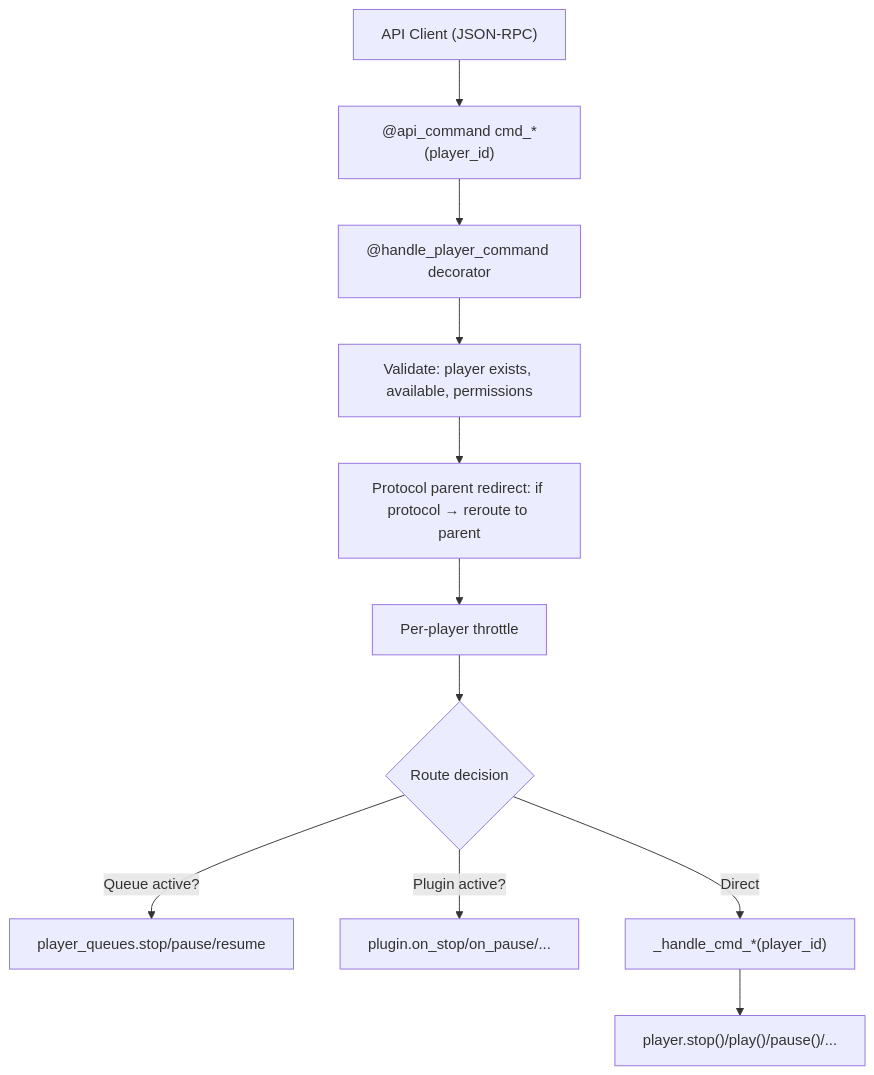
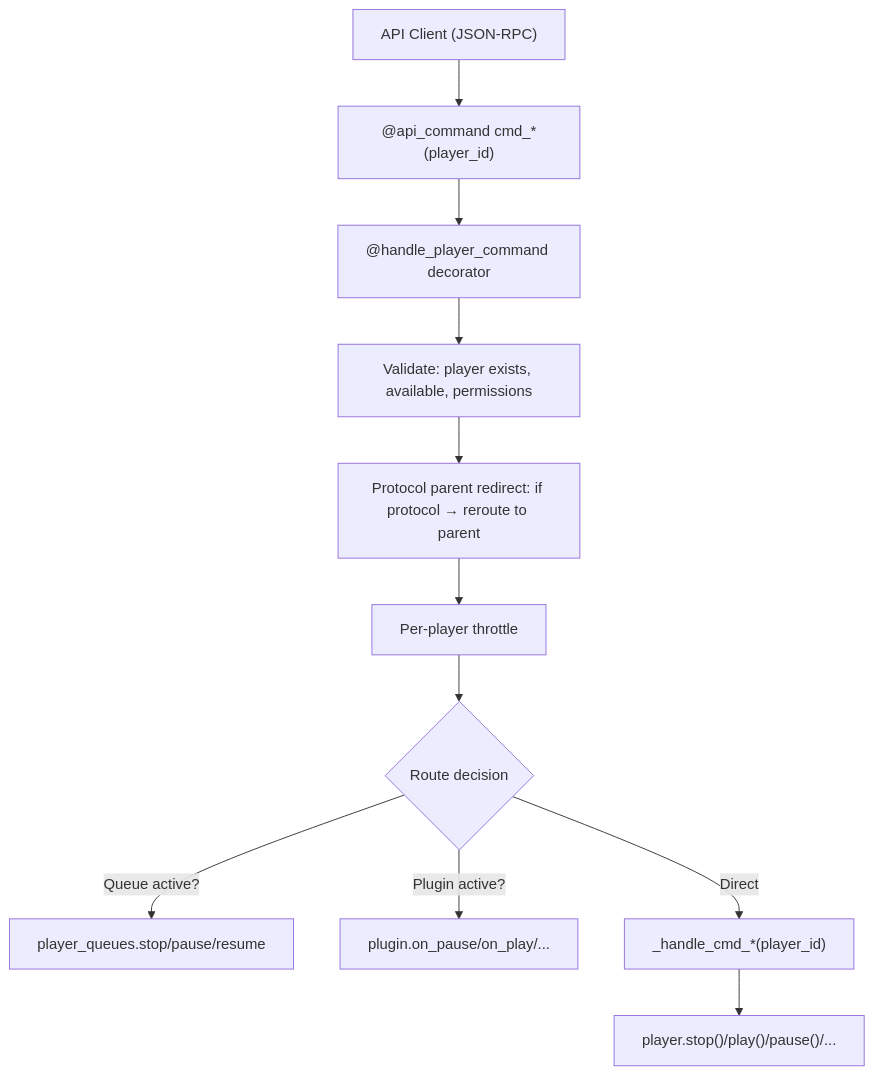
One commit to theturtle32/music-assistant-server changed the diagram in docs/architecture/04-player-controller.md. Above: the diagram before and after it, drawn with Mermaid. The commit also changed other lines of this file and 19 other files, not shown here.

First line of the commit message:
Fix verified architecture doc inaccuracies from 3 independent reviews

````diff
--- a/docs/architecture/04-player-controller.md
+++ b/docs/architecture/04-player-controller.md
@@ -47,13 +47,13 @@
 ```mermaid
 flowchart TD
     API["API Client (JSON-RPC)"] --> CMD["@api_command cmd_*(player_id)"]
     CMD --> DEC["@handle_player_command decorator"]
     DEC --> VAL["Validate: player exists, available, permissions"]
     VAL --> PROTO["Protocol parent redirect: if protocol → reroute to parent"]
     PROTO --> THROTTLE["Per-player throttle"]
     THROTTLE --> ROUTE{"Route decision"}
     ROUTE -->|"Queue active?"| QUEUE["player_queues.stop/pause/resume"]
-    ROUTE -->|"Plugin active?"| PLUGIN["plugin.on_stop/on_pause/..."]
+    ROUTE -->|"Plugin active?"| PLUGIN["plugin.on_pause/on_play/..."]
     ROUTE -->|"Direct"| HANDLE["_handle_cmd_*(player_id)"]
     HANDLE --> PLAYER["player.stop()/play()/pause()/..."]
 ```
````
